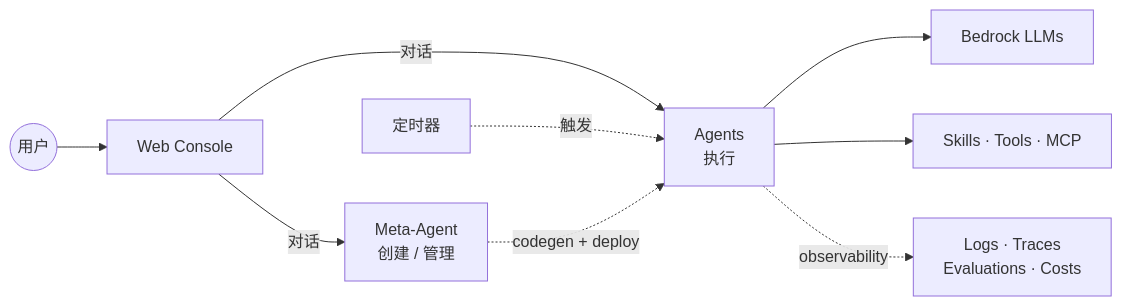
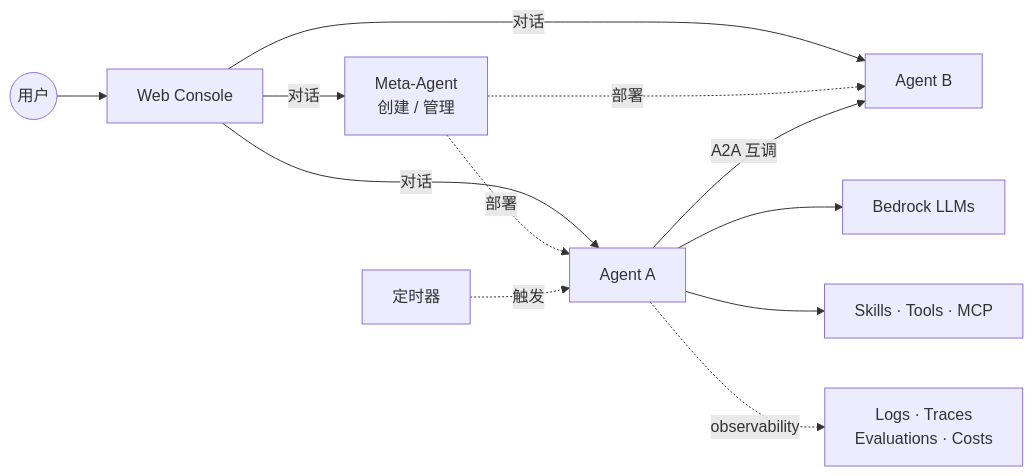
One commit to ddpie/agent-studio changed the first of 2 diagrams in README.md. Above: the diagram before and after it, drawn with Mermaid. The commit also changed other lines of this file, not shown here.

Commit message:
docs(readme): split Agents into A/B nodes to surface A2A inter-agent calls

````diff
--- a/README.md
+++ b/README.md
@@ -19,12 +19,15 @@
 ```mermaid
 graph LR
     User((用户)) --> Web[Web Console]
     Cron[定时器]
     Web -->|对话| Meta[Meta-Agent<br/>创建 / 管理]
-    Web -->|对话| Agents[Agents<br/>执行]
-    Cron -.触发.-> Agents
-    Meta -.codegen + deploy.-> Agents
-    Agents --> LLM[Bedrock LLMs]
-    Agents --> Ext[Skills · Tools · MCP]
-    Agents -.observability.-> Obs[Logs · Traces<br/>Evaluations · Costs]
+    Web -->|对话| A1[Agent A]
+    Web -->|对话| A2[Agent B]
+    Meta -.部署.-> A1
+    Meta -.部署.-> A2
+    Cron -.触发.-> A1
+    A1 -->|A2A 互调| A2
+    A1 --> LLM[Bedrock LLMs]
+    A1 --> Ext[Skills · Tools · MCP]
+    A1 -.observability.-> Obs[Logs · Traces<br/>Evaluations · Costs]
 ```
````
